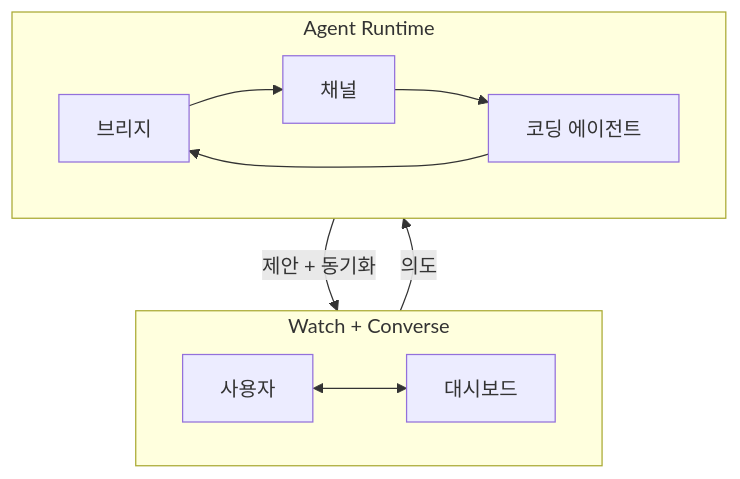
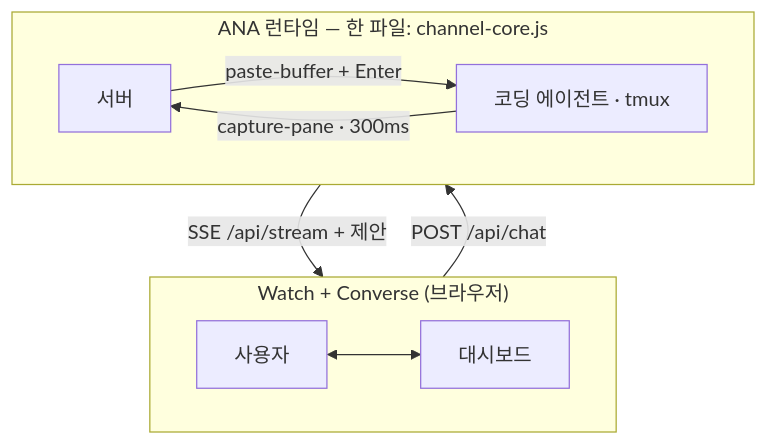
Before and after one commit to tykimos/agent-native-agent: the first of 2 diagrams in docs/ana-concept.md, drawn with Mermaid. The commit also changed other lines of this file and 9 other files, not shown here.

First line of the commit message:
Refresh docs to the current tmux architecture; drop stale assets

````diff
--- a/docs/ana-concept.md
+++ b/docs/ana-concept.md
@@ -38,17 +38,16 @@
 ```mermaid
 flowchart TB
-  subgraph UX["Watch + Converse"]
+  subgraph UX["Watch + Converse (브라우저)"]
     direction LR
     U["사용자"] <--> D["대시보드"]
   end
 
-  subgraph RT["Agent Runtime"]
+  subgraph RT["ANA 런타임 — 한 파일: channel-core.js"]
     direction LR
-    B["브리지"] --> C["채널"]
-    C --> A["코딩 에이전트"]
-    A --> B
+    S["서버"] -->|"paste-buffer + Enter"| A["코딩 에이전트 · tmux"]
+    A -->|"capture-pane · 300ms"| S
   end
 
-  D -->|"의도"| B
-  B -->|"제안 + 동기화"| D
+  D -->|"POST /api/chat"| S
+  S -->|"SSE /api/stream + 제안"| D
 ```
````
